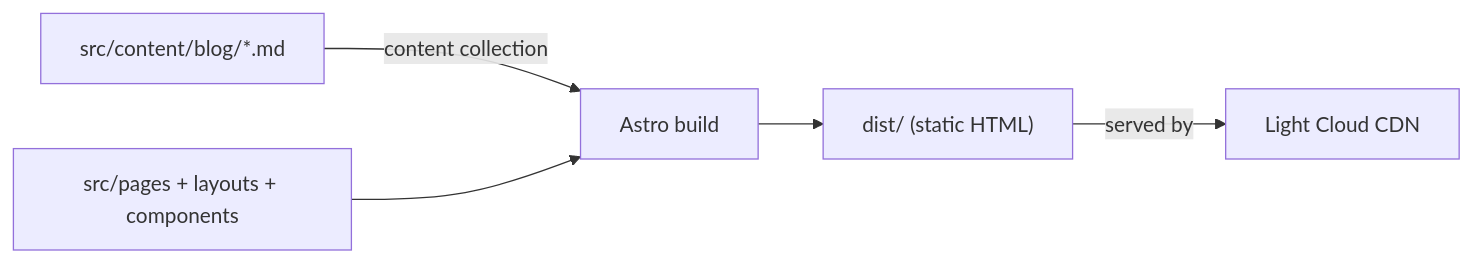
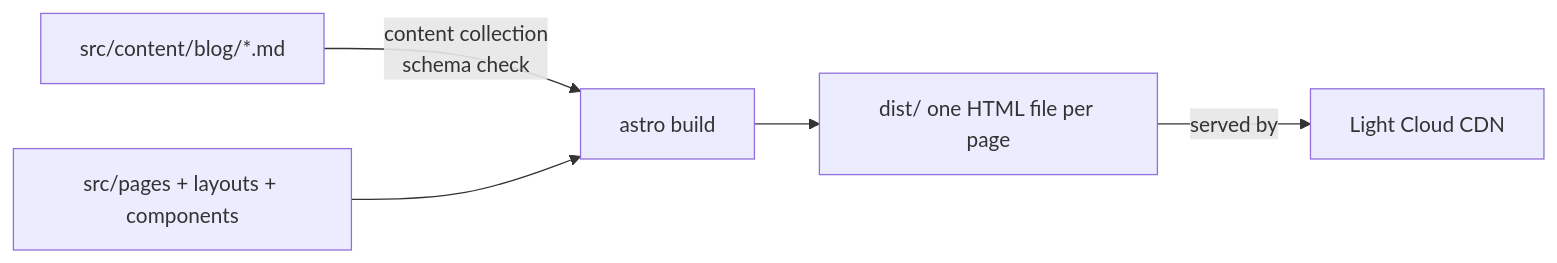
Before and after one commit to light-cloud-com/templates: the diagram in starters/starter-astro/README.md, drawn with Mermaid. The commit also changed other lines of this file and 2 other files, not shown here.

First line of the commit message:
README: Astro blog starter landing page

````diff
--- a/starters/starter-astro/README.md
+++ b/starters/starter-astro/README.md
@@ -27,7 +108,7 @@
 ```mermaid
 flowchart LR
-    md["src/content/blog/*.md"] -->|content collection| astro["Astro build"]
+    md["src/content/blog/*.md"] -->|"content collection<br/>schema check"| astro["astro build"]
     pages["src/pages + layouts + components"] --> astro
-    astro --> dist["dist/ (static HTML)"]
-    dist -->|served by| lc["Light Cloud CDN"]
+    astro --> dist["dist/ one HTML file per page"]
+    dist -->|served by| cdn["Light Cloud CDN"]
 ```
````
